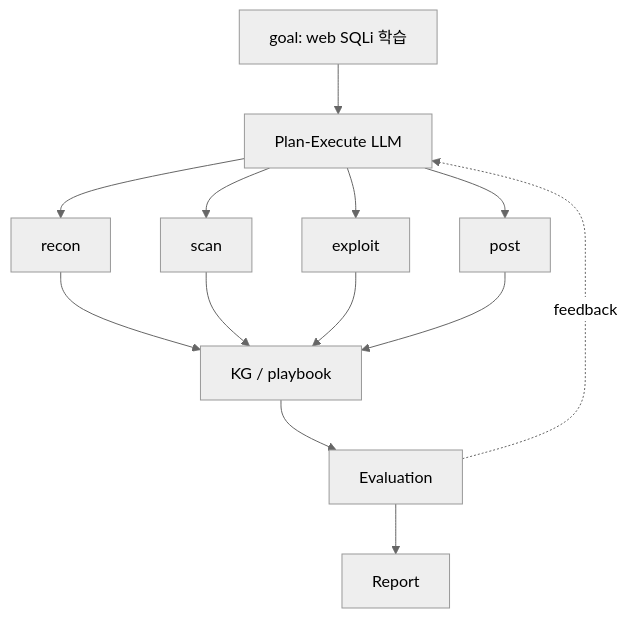
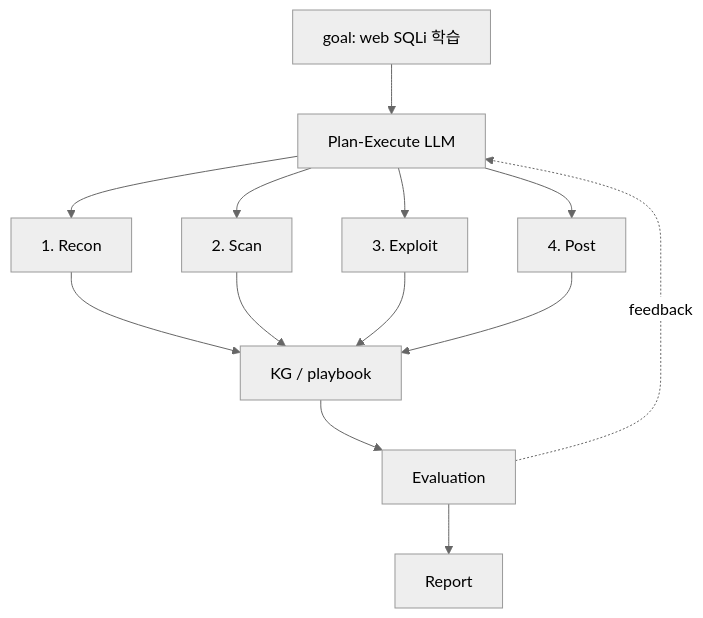
Before and after one commit to mrgrit/ccc: the second of 4 diagrams in contents/standalone/lecture/aisec/week12.md, drawn with Mermaid (neutral theme). The commit also changed other lines of this file and 14 other files, not shown here.

````diff
--- a/contents/standalone/lecture/aisec/week12.md
+++ b/contents/standalone/lecture/aisec/week12.md
@@ -178,15 +332,15 @@
 ```mermaid
 flowchart TB
     GOAL[goal: web SQLi 학습] --> PLAN[Plan-Execute LLM]
-    PLAN --> S1[recon]
-    PLAN --> S2[scan]
-    PLAN --> S3[exploit]
-    PLAN --> S4[post]
+    PLAN --> S1[1. Recon]
+    PLAN --> S2[2. Scan]
+    PLAN --> S3[3. Exploit]
+    PLAN --> S4[4. Post]
     S1 --> KG[KG / playbook]
     S2 --> KG
     S3 --> KG
     S4 --> KG
     KG --> EVAL[Evaluation]
     EVAL --> REPORT[Report]
     EVAL -.feedback.-> PLAN
 ```
````
